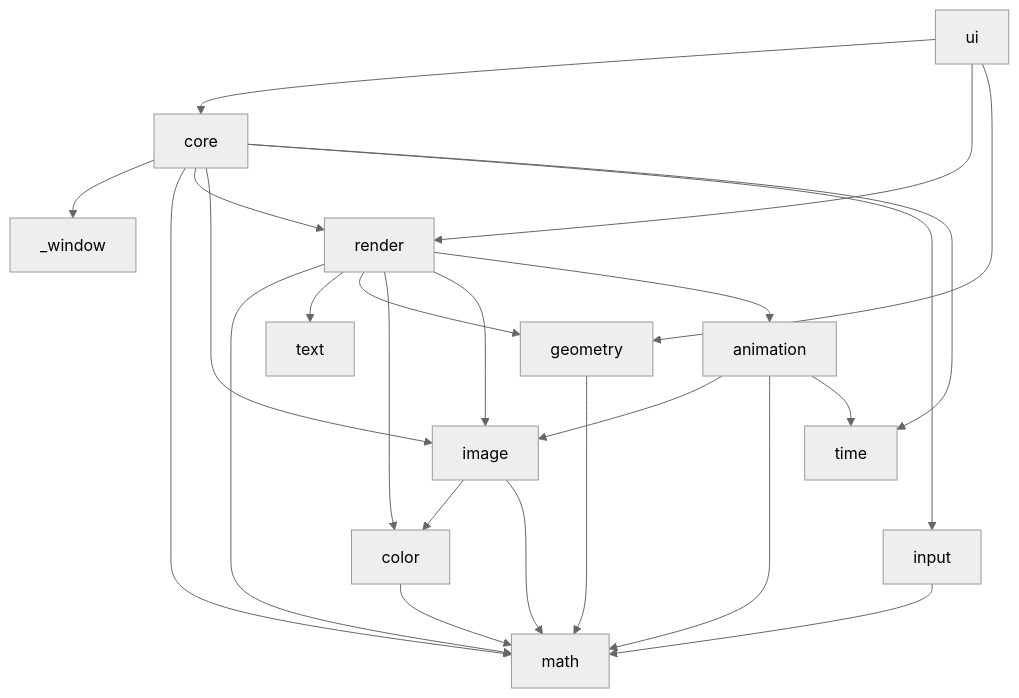
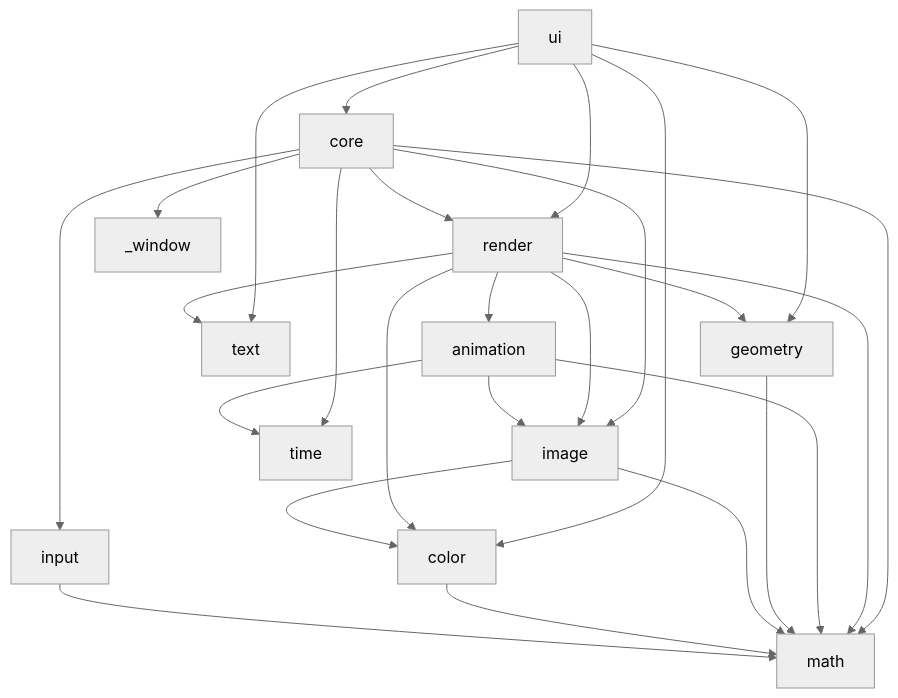
One commit to create-framework/create changed the second of 2 diagrams in ARCHITECTURE.md. Above: the diagram before and after it, drawn with Mermaid (neutral theme). The commit also changed other lines of this file and 17 other files, not shown here.

````diff
--- a/ARCHITECTURE.md
+++ b/ARCHITECTURE.md
@@ -87,26 +87,28 @@
 ```mermaid
 flowchart TD
     ui --> core
     ui --> render
     ui --> geometry
+    ui --> color
+    ui --> text
     core --> _window
     core --> math
     core --> render
     core --> image
     core --> input
     core --> time
     render --> math
     render --> text
     render --> geometry
     render --> color
     render --> image
     render --> animation
     animation --> image
     animation --> math
     animation --> time
     geometry --> math
     image --> color
     image --> math
     color --> math
     input --> math
 ```
````
